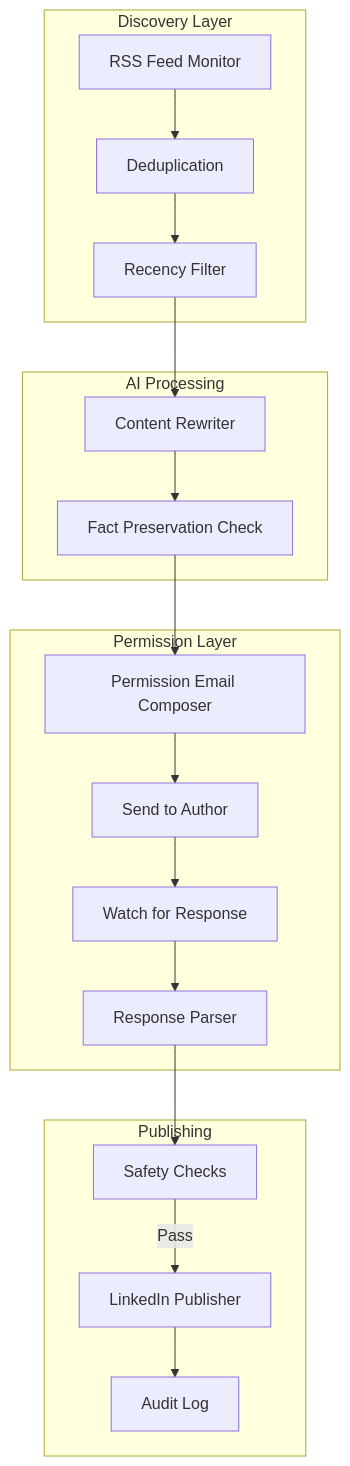
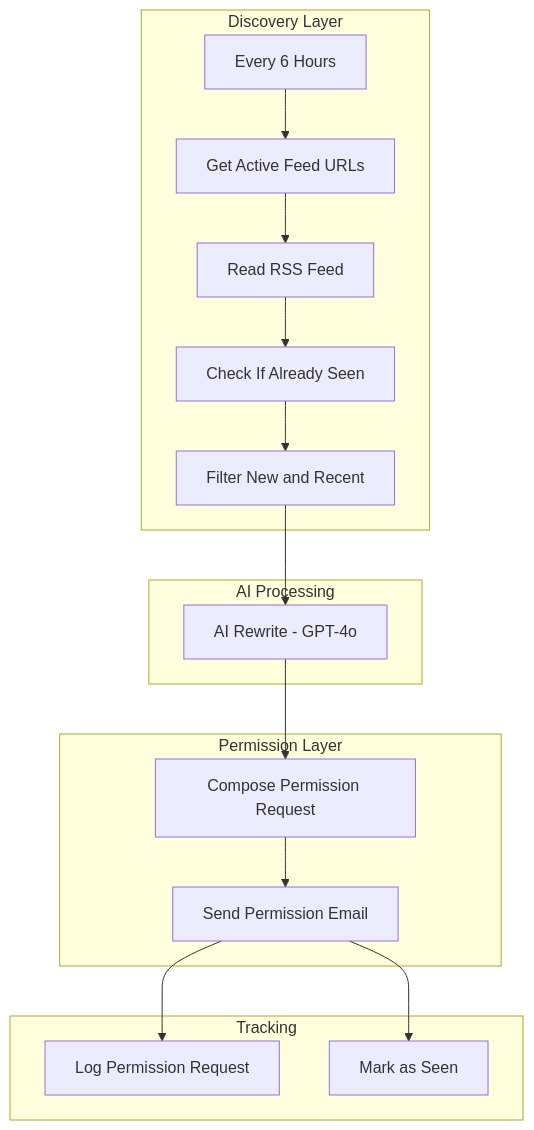
The second of 4 diagrams in marketing-lead-engine/architecture.md (khaledabdelaziz1330-dot/Khaled-AI-Automation-Portfolio), drawn with Mermaid before and after one commit. The commit also changed other lines of this file and 50 other files, not shown here.

````diff
--- a/marketing-lead-engine/architecture.md
+++ b/marketing-lead-engine/architecture.md
@@ -24,38 +22,34 @@
 ```mermaid
 flowchart TD
     subgraph Discovery [Discovery Layer]
-        RSS[RSS Feed Monitor]
-        DEDUP[Deduplication]
-        FILTER[Recency Filter]
+        TRIG[Every 6 Hours]
+        FEEDS[Get Active Feed URLs]
+        RSS[Read RSS Feed]
+        SEEN[Check If Already Seen]
+        FILTER[Filter New and Recent]
     end
-    
+
     subgraph AI [AI Processing]
-        REWRITE[Content Rewriter]
-        FACT_CHECK[Fact Preservation Check]
+        REWRITE[AI Rewrite - GPT-4o]
     end
-    
+
     subgraph Permission [Permission Layer]
-        EMAIL_GEN[Permission Email Composer]
-        SEND[Send to Author]
-        WATCH[Watch for Response]
-        PARSE[Response Parser]
+        EMAIL_GEN[Compose Permission Request]
+        SEND[Send Permission Email]
     end
-    
-    subgraph Publishing [Publishing]
-        SAFETY[Safety Checks]
-        LINKEDIN[LinkedIn Publisher]
-        LOG[Audit Log]
+
+    subgraph Tracking [Tracking]
+        LOG[Log Permission Request]
+        MARK[Mark as Seen]
     end
-    
-    RSS --> DEDUP
-    DEDUP --> FILTER
+
+    TRIG --> FEEDS
+    FEEDS --> RSS
+    RSS --> SEEN
+    SEEN --> FILTER
     FILTER --> REWRITE
-    REWRITE --> FACT_CHECK
-    FACT_CHECK --> EMAIL_GEN
+    REWRITE --> EMAIL_GEN
     EMAIL_GEN --> SEND
-    SEND --> WATCH
-    WATCH --> PARSE
-    PARSE --> SAFETY
-    SAFETY -->|Pass| LINKEDIN
-    LINKEDIN --> LOG
+    SEND --> LOG
+    SEND --> MARK
 ```
````
